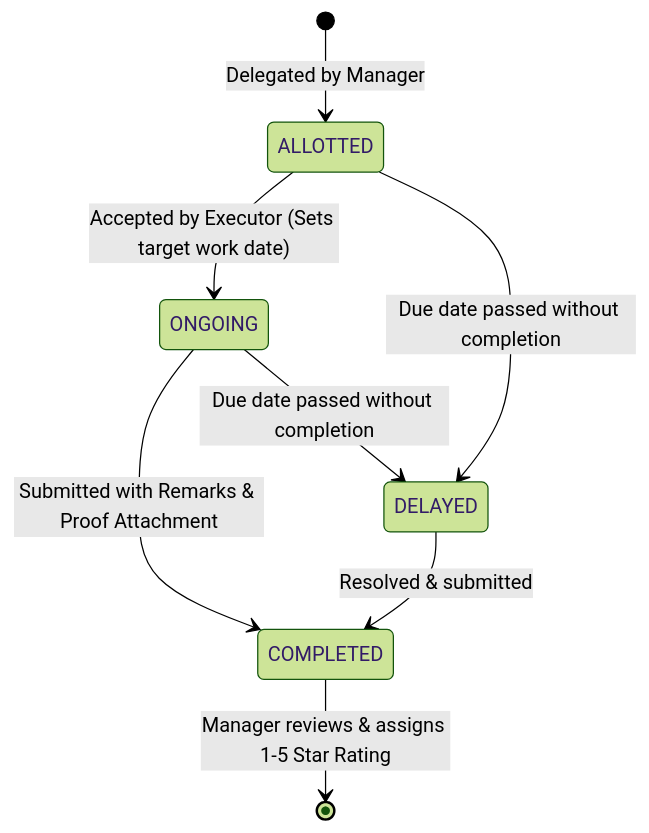
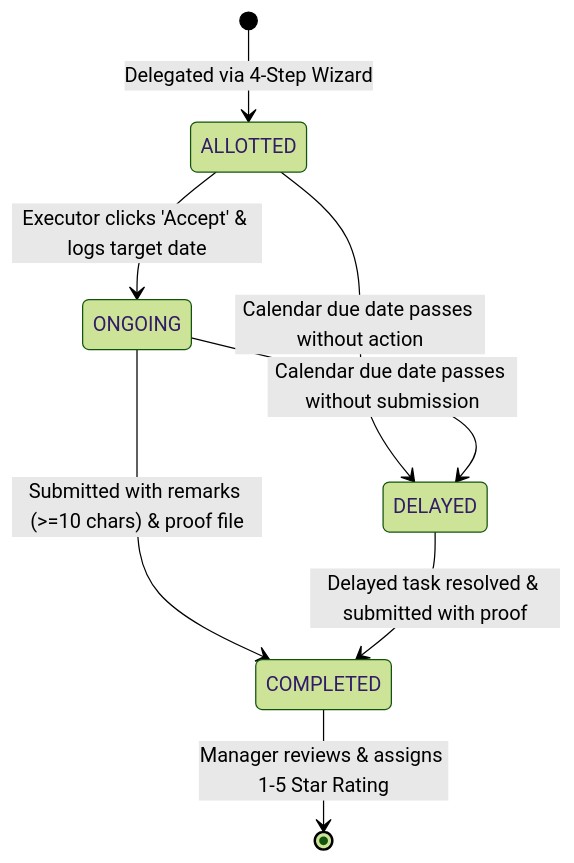
The first of 2 diagrams in README.md (shahdev1408/task-management-mmipl), drawn with Mermaid (forest theme) before and after one commit. The commit also changed other lines of this file and 21 other files, not shown here.

````diff
--- a/README.md
+++ b/README.md
@@ -49,10 +47,10 @@
 ```mermaid
 stateDiagram-v2
-    [*] --> ALLOTTED: Delegated by Manager
-    ALLOTTED --> ONGOING: Accepted by Executor (Sets target work date)
-    ONGOING --> COMPLETED: Submitted with Remarks & Proof Attachment
-    ALLOTTED --> DELAYED: Due date passed without completion
-    ONGOING --> DELAYED: Due date passed without completion
-    DELAYED --> COMPLETED: Resolved & submitted
-    COMPLETED --> [*]: Manager reviews & assigns 1-5 Star Rating
+    [*] --> ALLOTTED : Delegated via 4-Step Wizard
+    ALLOTTED --> ONGOING : Executor clicks 'Accept' & logs target date
+    ALLOTTED --> DELAYED : Calendar due date passes without action
+    ONGOING --> DELAYED : Calendar due date passes without submission
+    ONGOING --> COMPLETED : Submitted with remarks (>=10 chars) & proof file
+    DELAYED --> COMPLETED : Delayed task resolved & submitted with proof
+    COMPLETED --> [*] : Manager reviews & assigns 1-5 Star Rating
 ```
````
